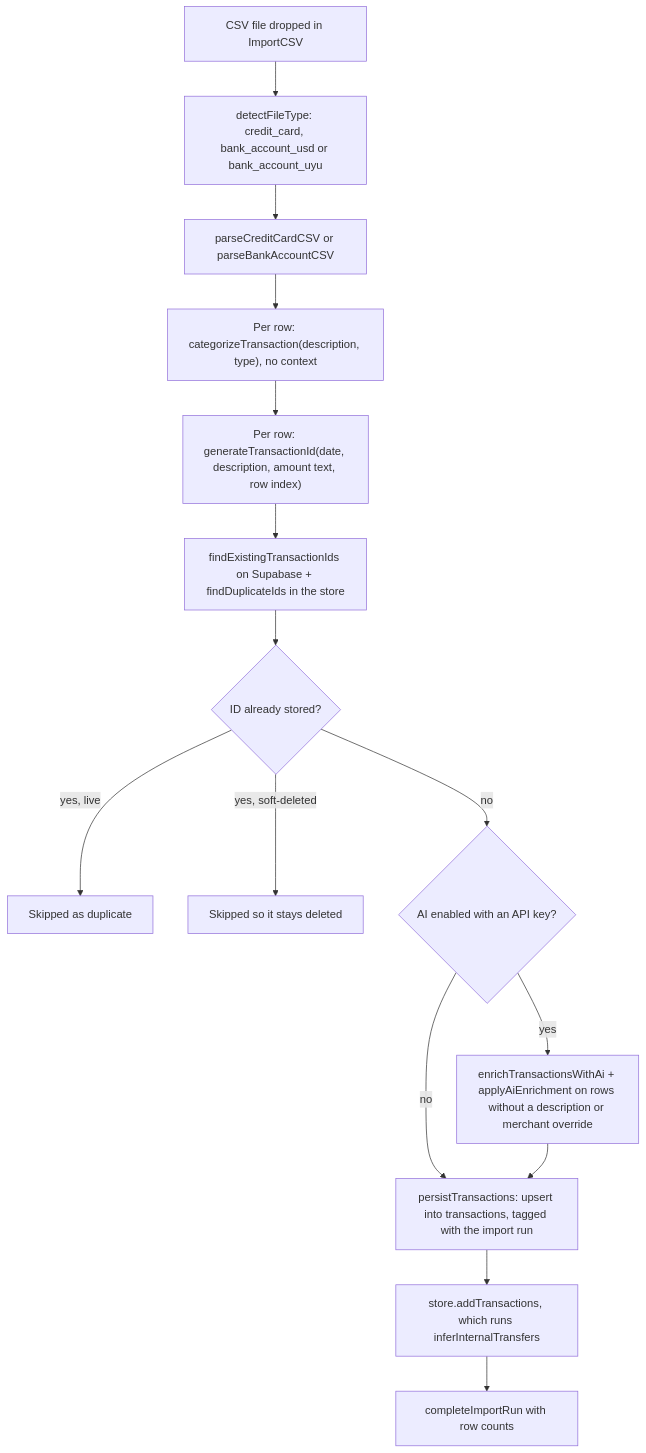
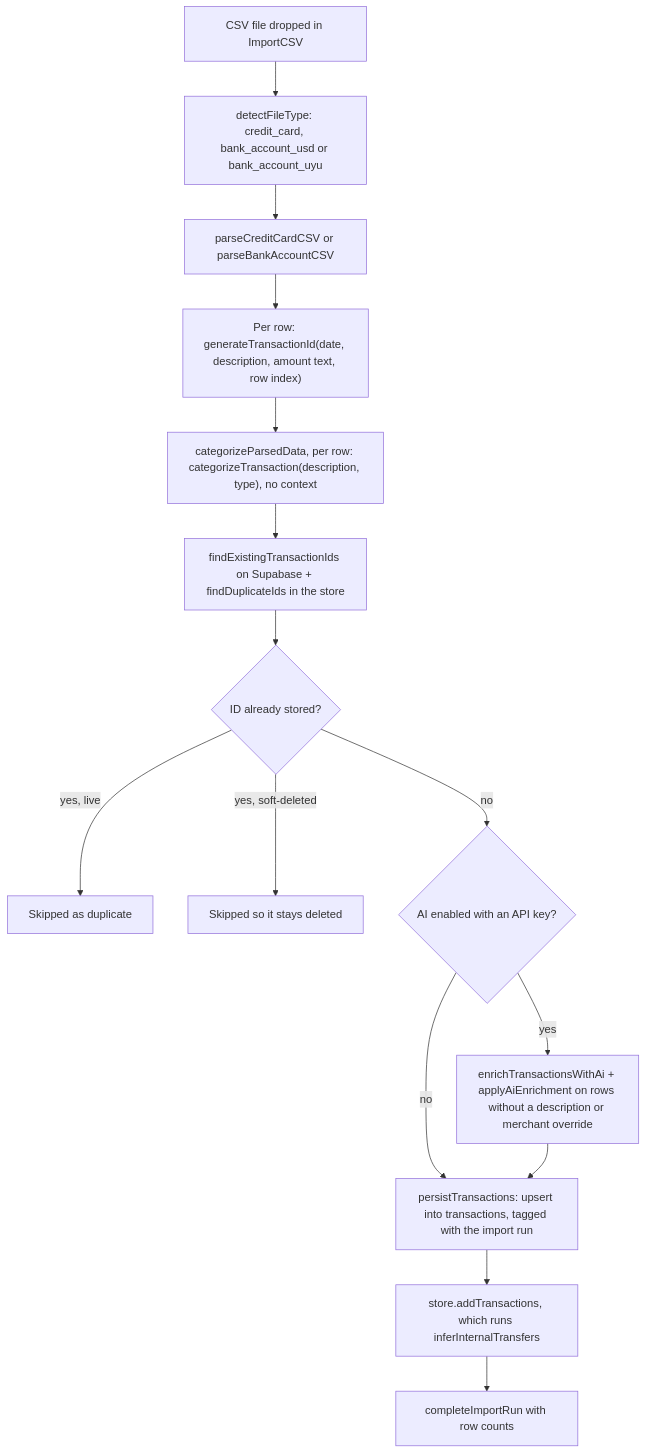
One commit to eltaiguer/tatu changed the first of 3 diagrams in docs/architecture.md. Above: the diagram before and after it, drawn with Mermaid. The commit also changed other lines of this file and 9 other files, not shown here.

````diff
--- a/docs/architecture.md
+++ b/docs/architecture.md
@@ -15,17 +18,17 @@
 ```mermaid
 flowchart TD
     A["CSV file dropped in ImportCSV"] --> B["detectFileType: credit_card, bank_account_usd or bank_account_uyu"]
     B --> C["parseCreditCardCSV or parseBankAccountCSV"]
-    C --> D["Per row: categorizeTransaction(description, type), no context"]
-    D --> E["Per row: generateTransactionId(date, description, amount text, row index)"]
-    E --> F["findExistingTransactionIds on Supabase + findDuplicateIds in the store"]
+    C --> E["Per row: generateTransactionId(date, description, amount text, row index)"]
+    E --> D["categorizeParsedData, per row: categorizeTransaction(description, type), no context"]
+    D --> F["findExistingTransactionIds on Supabase + findDuplicateIds in the store"]
     F --> G{"ID already stored?"}
     G -- "yes, live" --> H["Skipped as duplicate"]
     G -- "yes, soft-deleted" --> I["Skipped so it stays deleted"]
     G -- "no" --> J{"AI enabled with an API key?"}
     J -- "yes" --> K["enrichTransactionsWithAi + applyAiEnrichment on rows without a description or merchant override"]
     J -- "no" --> L["persistTransactions: upsert into transactions, tagged with the import run"]
     K --> L
     L --> M["store.addTransactions, which runs inferInternalTransfers"]
     M --> N["completeImportRun with row counts"]
 ```
````
